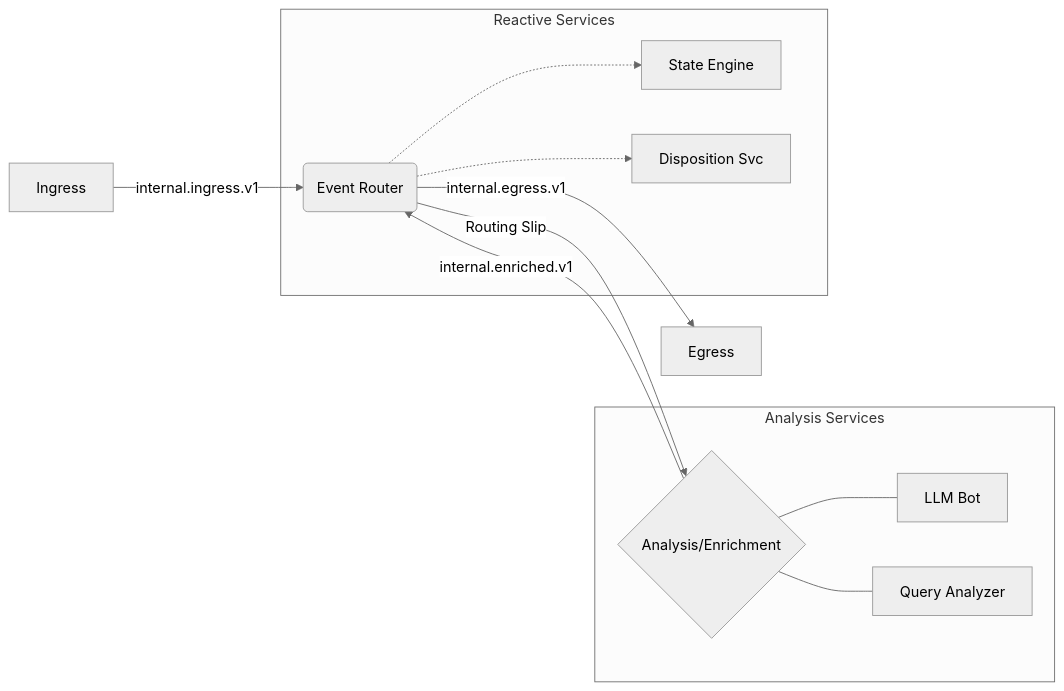
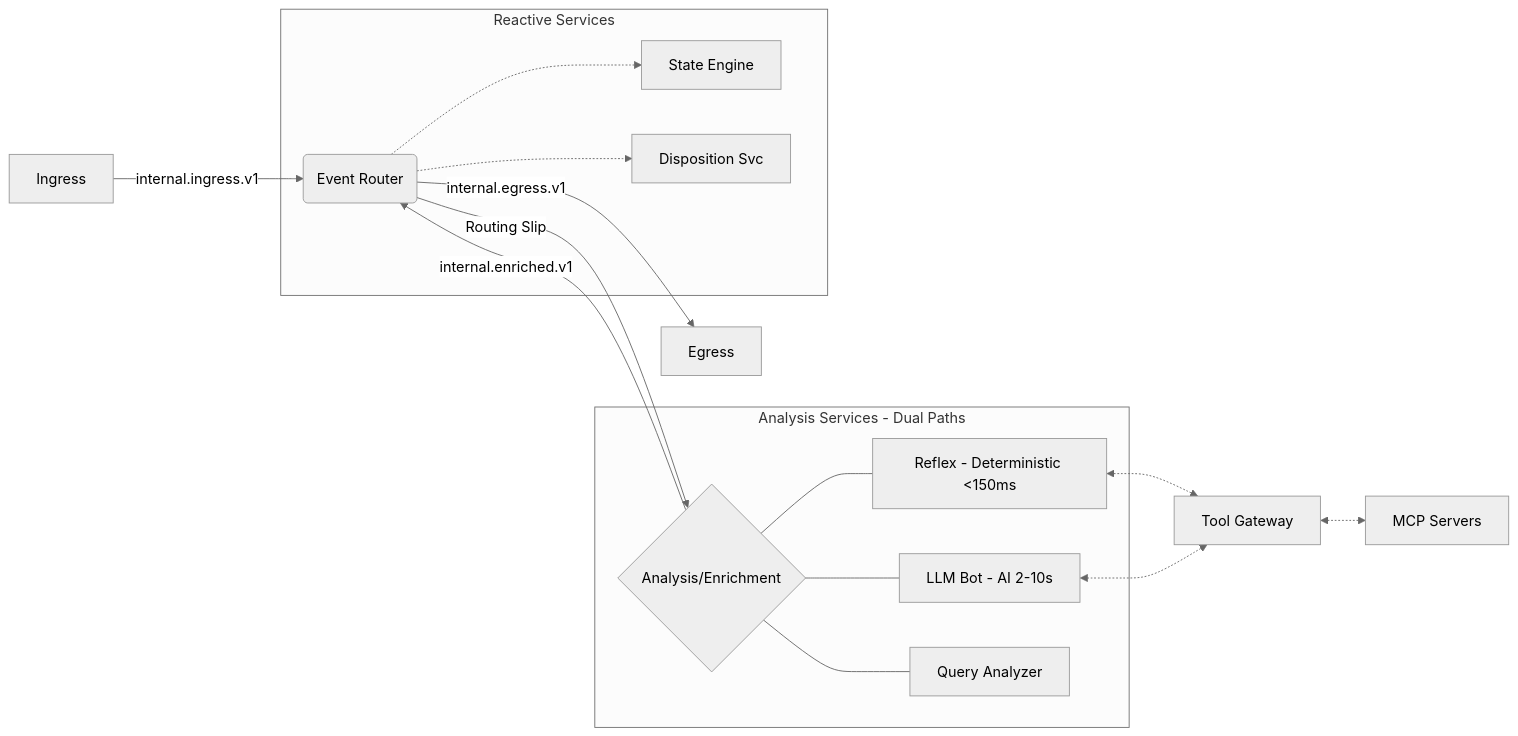
Before and after one commit to cnavta/BitBrat: the diagram in documentation/concepts/platform-flow.md, drawn with Mermaid (neutral theme). The commit also changed other lines of this file and 12 other files, not shown here.

First line of the commit message:
Documentation refactor: Platform vs Domain Bits architecture (Phase 1-2)

````diff
--- a/documentation/concepts/platform-flow.md
+++ b/documentation/concepts/platform-flow.md
@@ -9,17 +9,21 @@
 ```mermaid
 graph LR
     A[Ingress] -->|internal.ingress.v1| B(Event Router)
     B -->|Routing Slip| C{Analysis/Enrichment}
     C -->|internal.enriched.v1| B
     B -->|internal.egress.v1| D[Egress]
-    
-    subgraph Analysis Services
-    C --- LLM[LLM Bot]
+
+    subgraph Analysis Services - Dual Paths
+    C --- RFX[Reflex - Deterministic <150ms]
+    C --- LLM[LLM Bot - AI 2-10s]
     C --- QA[Query Analyzer]
     end
-    
+
     subgraph Reactive Services
     B -.-> SE[State Engine]
     B -.-> DS[Disposition Svc]
     end
+
+    RFX & LLM <-.-> TG[Tool Gateway]
+    TG <-.-> MCP[MCP Servers]
 ```
````
